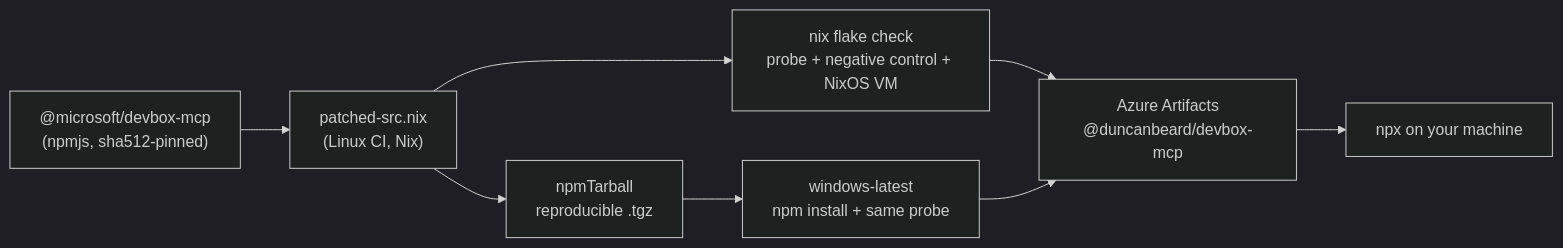
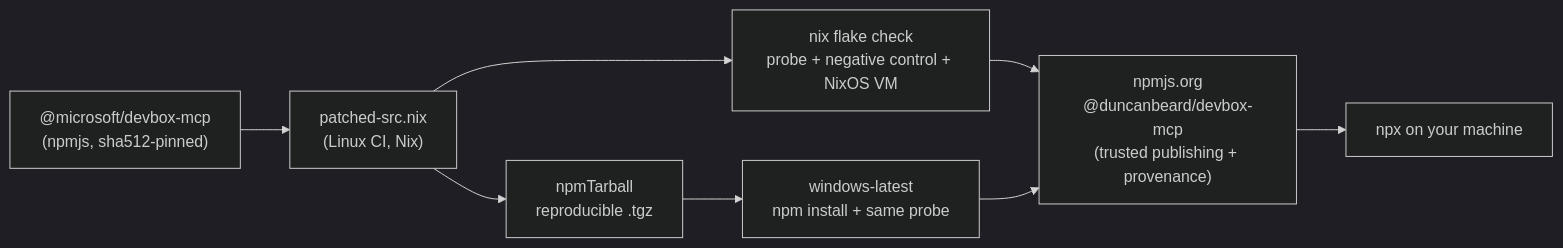
The diagram in README.md (DuncanBeard/devbox-mcp), drawn with Mermaid (dark theme) before and after one commit. The commit also changed other lines of this file and 3 other files, not shown here.

First line of the commit message:
ci: publish to npmjs.org with trusted publishing instead of Azure Artifacts

````diff
--- a/README.md
+++ b/README.md
@@ -100,10 +101,10 @@
 ```mermaid
 flowchart LR
     up["@microsoft/devbox-mcp<br/>(npmjs, sha512-pinned)"] --> src["patched-src.nix<br/>(Linux CI, Nix)"]
     src --> lin["nix flake check<br/>probe + negative control + NixOS VM"]
     src --> tgz["npmTarball<br/>reproducible .tgz"]
     tgz --> win["windows-latest<br/>npm install + same probe"]
     lin --> pub
-    win --> pub["Azure Artifacts<br/>@duncanbeard/devbox-mcp"]
+    win --> pub["npmjs.org<br/>@duncanbeard/devbox-mcp<br/>(trusted publishing + provenance)"]
     pub --> npx["npx on your machine"]
 ```
````
